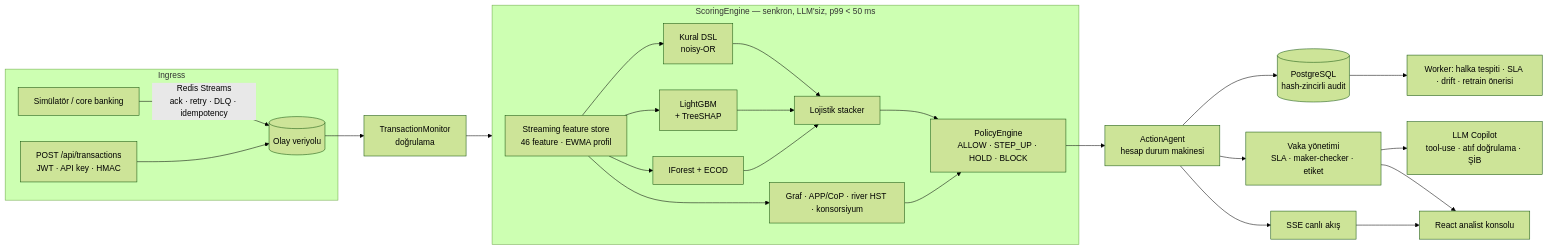
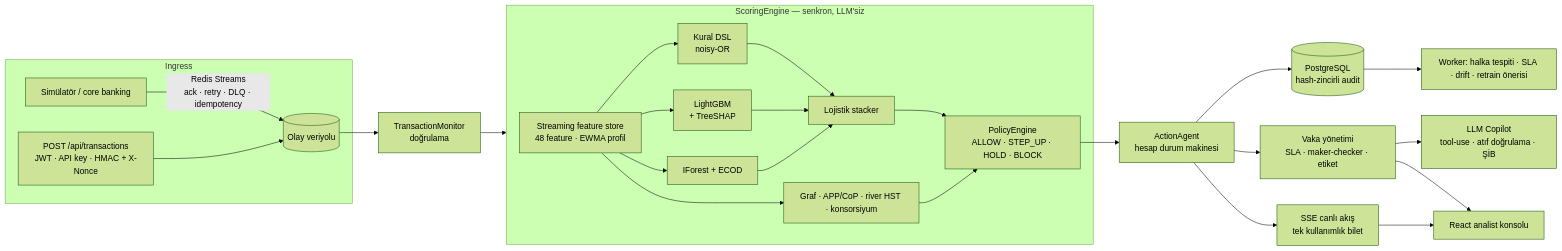
Before and after one commit to tunadeniz1304/fraud-aml-platform: the diagram in README.md, drawn with Mermaid (forest theme). The commit also changed other lines of this file, not shown here.

````diff
--- a/README.md
+++ b/README.md
@@ -24,24 +25,24 @@
 ```mermaid
 flowchart LR
   subgraph Ingress
     SIM[Simülatör / core banking] -->|Redis Streams<br/>ack · retry · DLQ · idempotency| BUS
-    API[POST /api/transactions<br/>JWT · API key · HMAC] --> BUS
+    API[POST /api/transactions<br/>JWT · API key · HMAC + X-Nonce] --> BUS
   end
   BUS[(Olay veriyolu)] --> MON[TransactionMonitor<br/>doğrulama]
   MON --> ENG
-  subgraph ENG[ScoringEngine — senkron, LLM'siz, p99 < 50 ms]
-    FS[Streaming feature store<br/>46 feature · EWMA profil] --> R[Kural DSL<br/>noisy-OR]
+  subgraph ENG[ScoringEngine — senkron, LLM'siz]
+    FS[Streaming feature store<br/>48 feature · EWMA profil] --> R[Kural DSL<br/>noisy-OR]
     FS --> ML[LightGBM<br/>+ TreeSHAP]
     FS --> AN[IForest + ECOD]
     FS --> SIG[Graf · APP/CoP · river HST · konsorsiyum]
     R & ML & AN --> ST[Lojistik stacker]
     ST & SIG --> POL[PolicyEngine<br/>ALLOW · STEP_UP · HOLD · BLOCK]
   end
   POL --> ACT[ActionAgent<br/>hesap durum makinesi]
   ACT --> DB[(PostgreSQL<br/>hash-zincirli audit)]
   ACT --> CASE[Vaka yönetimi<br/>SLA · maker-checker · etiket]
   CASE --> COP[LLM Copilot<br/>tool-use · atıf doğrulama · ŞİB]
-  ACT --> LIVE[SSE canlı akış] --> UI[React analist konsolu]
+  ACT --> LIVE[SSE canlı akış<br/>tek kullanımlık bilet] --> UI[React analist konsolu]
   CASE --> UI
   DB --> WK[Worker: halka tespiti · SLA · drift · retrain önerisi]
 ```
````
